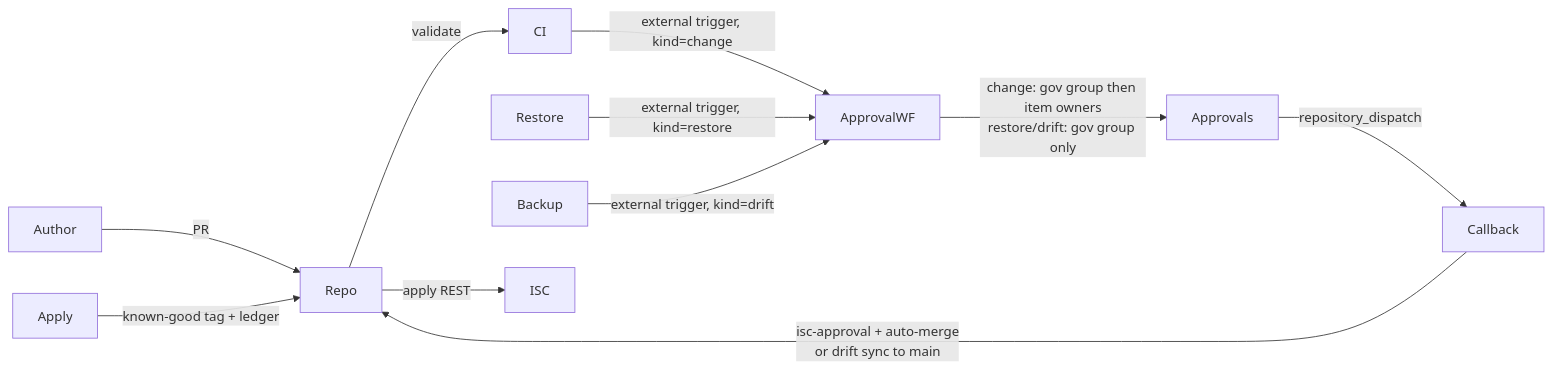
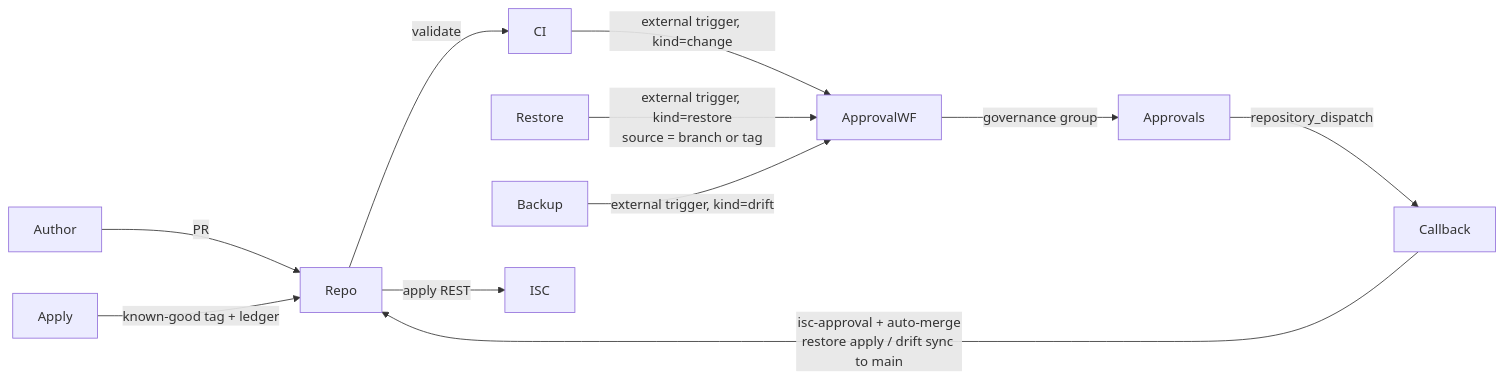
The diagram in ISC/Access Model Change Management/README.md (fernando-delosrios-sp/sailpoint-utils), drawn with Mermaid before and after one commit. The commit also changed other lines of this file and 17 other files, not shown here.

First line of the commit message:
feat(amcm): restore from any ref and drop item-owner approval

````diff
--- a/ISC/Access Model Change Management/README.md
+++ b/ISC/Access Model Change Management/README.md
@@ -119,13 +119,13 @@
 ```mermaid
 flowchart LR
   Author -->|PR| Repo
   Repo -->|validate| CI
   CI -->|external trigger, kind=change| ApprovalWF
-  Restore -->|external trigger, kind=restore| ApprovalWF
+  Restore -->|external trigger, kind=restore<br/>source = branch or tag| ApprovalWF
   Backup -->|external trigger, kind=drift| ApprovalWF
-  ApprovalWF -->|change: gov group then item owners<br/>restore/drift: gov group only| Approvals
+  ApprovalWF -->|governance group| Approvals
   Approvals -->|repository_dispatch| Callback
-  Callback -->|isc-approval + auto-merge<br/>or drift sync to main| Repo
+  Callback -->|isc-approval + auto-merge<br/>restore apply / drift sync to main| Repo
   Repo -->|apply REST| ISC
   Apply -->|known-good tag + ledger| Repo
 ```
````
